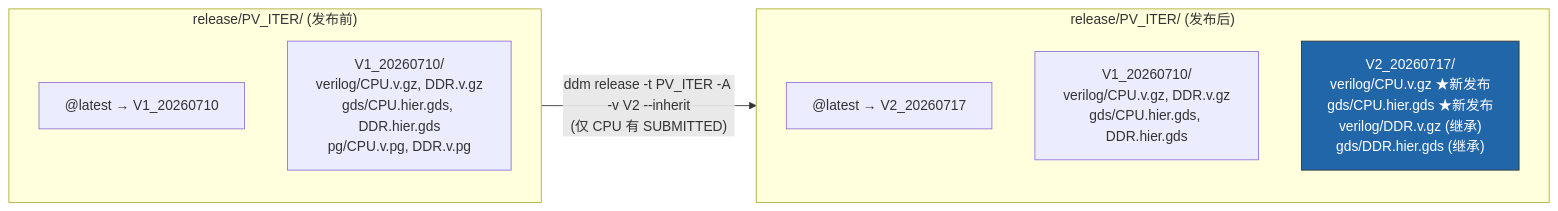
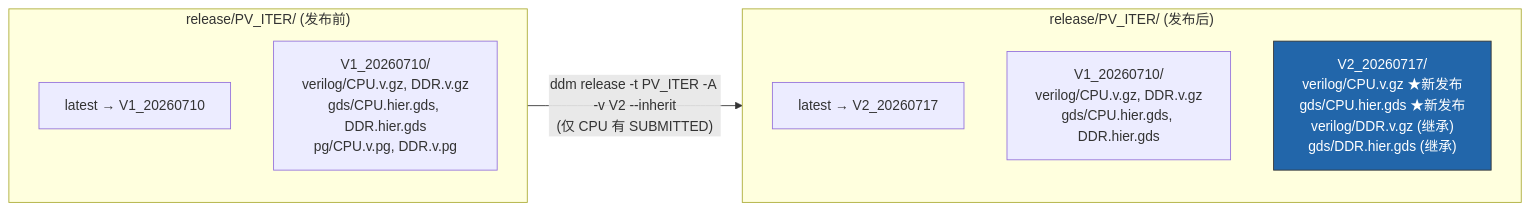
The eighth of 17 diagrams in docs/WORKFLOWS.md (winsight/ddm), drawn with Mermaid before and after one commit. The commit also changed other lines of this file and 8 other files, not shown here.

````diff
--- a/docs/WORKFLOWS.md
+++ b/docs/WORKFLOWS.md
@@ -373,19 +373,19 @@
 ```mermaid
 flowchart LR
     subgraph BEFORE2["release/PV_ITER/ (发布前)"]
         direction TB
-        L1["@latest → V1_20260710"]
+        L1["latest → V1_20260710"]
         OLD["V1_20260710/<br/>verilog/CPU.v.gz, DDR.v.gz<br/>gds/CPU.hier.gds, DDR.hier.gds<br/>pg/CPU.v.pg, DDR.v.pg"]
     end
 
     subgraph AFTER2["release/PV_ITER/ (发布后)"]
         direction TB
-        L2["@latest → V2_20260717"]
+        L2["latest → V2_20260717"]
         OLD2["V1_20260710/<br/>verilog/CPU.v.gz, DDR.v.gz<br/>gds/CPU.hier.gds, DDR.hier.gds"]
         NEW["V2_20260717/<br/>verilog/CPU.v.gz ★新发布<br/>gds/CPU.hier.gds ★新发布<br/>verilog/DDR.v.gz (继承)<br/>gds/DDR.hier.gds (继承)"]
     end
 
     BEFORE2 -->|"ddm release -t PV_ITER -A -v V2 --inherit<br/>(仅 CPU 有 SUBMITTED)"| AFTER2
 
     style NEW fill:#26a,stroke:#333,color:#fff
 ```
````
